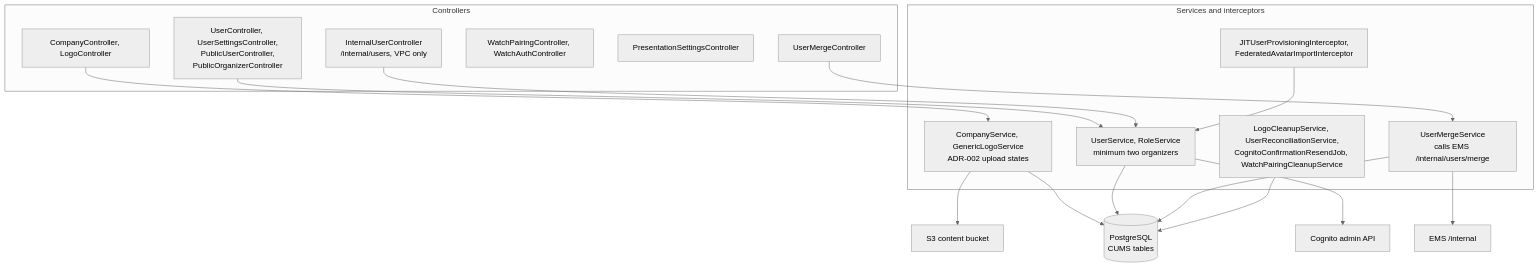
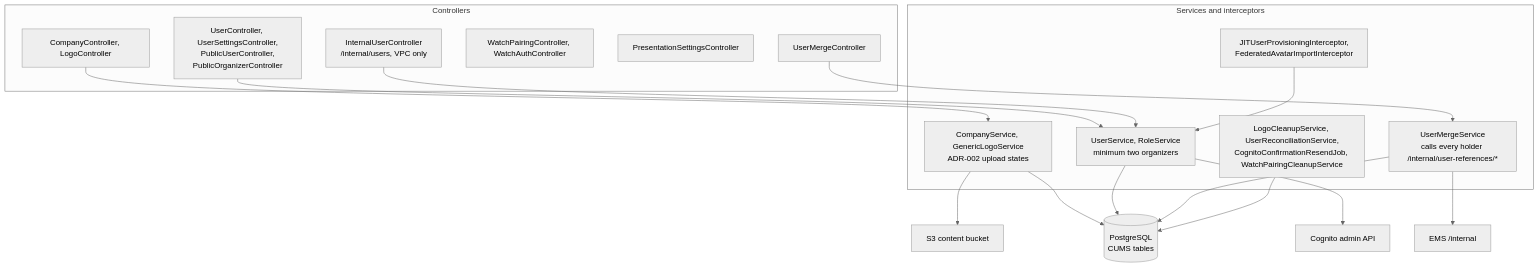
One commit to nissimbuchs/BATbern2 changed the seventh of 8 diagrams in docs/architecture/01-system-overview.md. Above: the diagram before and after it, drawn with Mermaid (neutral theme). The commit also changed other lines of this file and 117 other files, not shown here.

````diff
--- a/docs/architecture/01-system-overview.md
+++ b/docs/architecture/01-system-overview.md
@@ -398,31 +398,31 @@
 ```mermaid
 flowchart TB
     subgraph api["Controllers"]
         A1["CompanyController, LogoController"]
         A2["UserController, UserSettingsController,<br/>PublicUserController,<br/>PublicOrganizerController"]
         A3["UserMergeController"]
         A4["WatchPairingController, WatchAuthController"]
         A5["PresentationSettingsController"]
         A6["InternalUserController<br/>/internal/users, VPC only"]
     end
     subgraph core["Services and interceptors"]
         B1["CompanyService, GenericLogoService<br/>ADR-002 upload states"]
         B2["UserService, RoleService<br/>minimum two organizers"]
         B3["JITUserProvisioningInterceptor,<br/>FederatedAvatarImportInterceptor"]
-        B4["UserMergeService<br/>calls EMS /internal/users/merge"]
+        B4["UserMergeService<br/>calls every holder /internal/user-references/*"]
         B5["LogoCleanupService, UserReconciliationService,<br/>CognitoConfirmationResendJob, WatchPairingCleanupService"]
     end
     DB[("PostgreSQL<br/>CUMS tables")]
     COGX["Cognito admin API"]
     S3X["S3 content bucket"]
     EMSX["EMS /internal"]
     A1 --> B1
     A2 --> B2
     A3 --> B4
     A6 --> B2
     B3 --> B2
     B1 --> S3X
     B2 --> COGX
     B4 --> EMSX
     B1 & B2 & B4 & B5 --> DB
 ```
````
